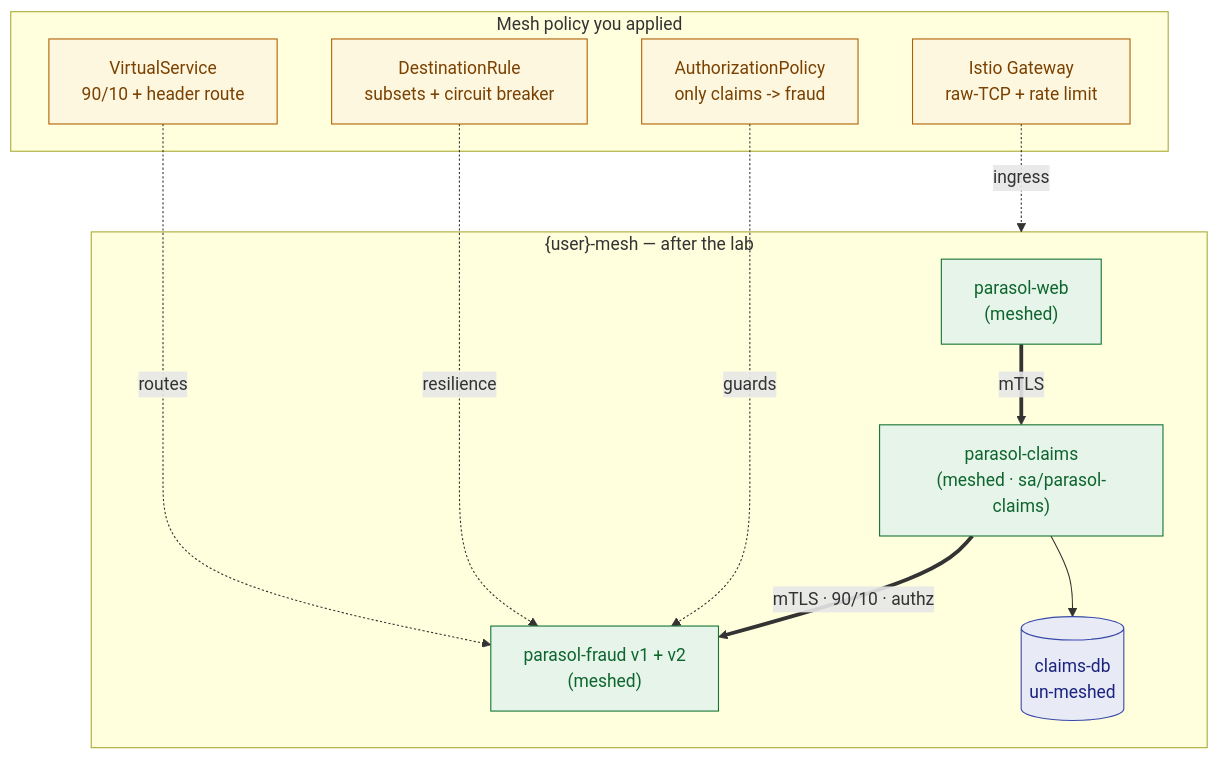
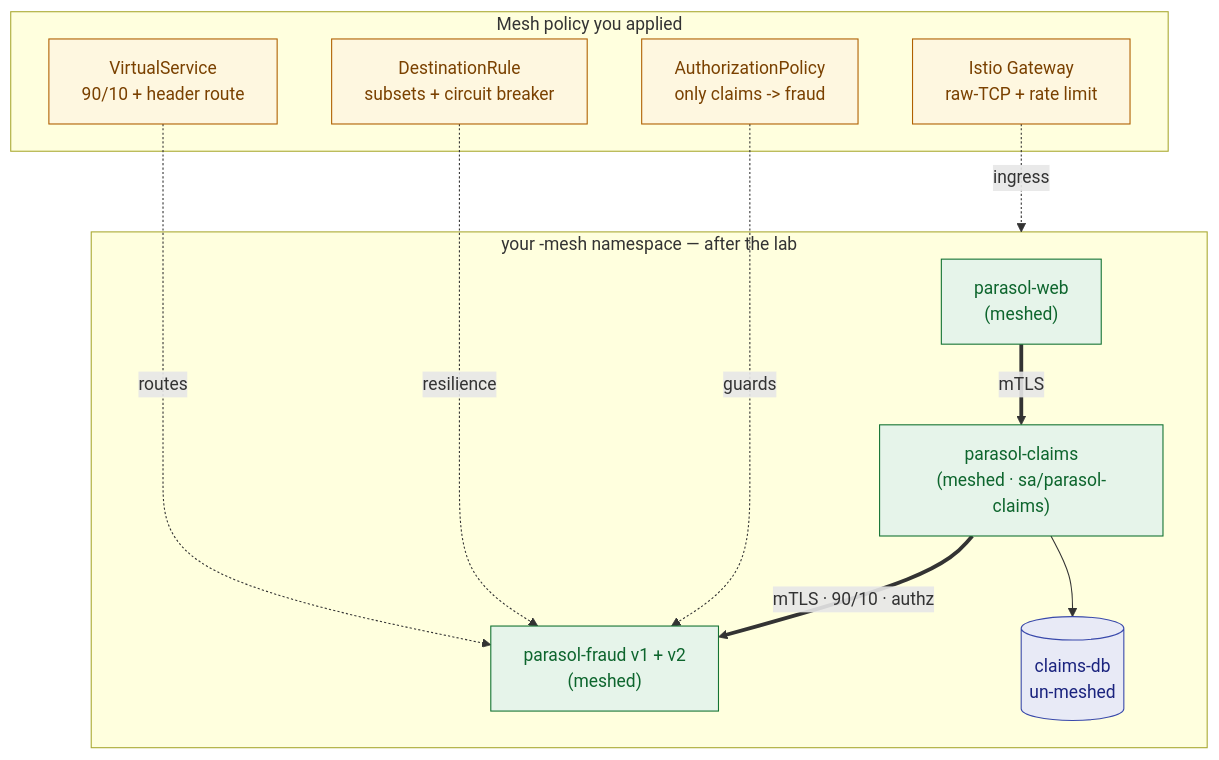
One commit to serhat-dirik/OCP-Getting-Started-Revamped changed the diagram in content/modules/ROOT/examples/diagrams/service-mesh-advanced-gateways/03-what-you-built.mmd. Above: the diagram before and after it, drawn with Mermaid. The commit also changed 10 other files, not shown here.

First line of the commit message:
fix(diagrams): five diagrams have been showing attendees literal {user} since 18 Jul

```diff
--- a/content/modules/ROOT/examples/diagrams/service-mesh-advanced-gateways/03-what-you-built.mmd
+++ b/content/modules/ROOT/examples/diagrams/service-mesh-advanced-gateways/03-what-you-built.mmd
@@ -1,24 +1,24 @@
 graph TB
-  subgraph ns["{user}-mesh — after the lab"]
+  subgraph ns["your -mesh namespace — after the lab"]
     web["parasol-web<br/>(meshed)"]
     claims["parasol-claims<br/>(meshed · sa/parasol-claims)"]
     fraud["parasol-fraud v1 + v2<br/>(meshed)"]
     db[("claims-db<br/>un-meshed")]
   end
   subgraph policy["Mesh policy you applied"]
     vs["VirtualService<br/>90/10 + header route"]
     dr["DestinationRule<br/>subsets + circuit breaker"]
     ap["AuthorizationPolicy<br/>only claims -> fraud"]
     gw["Istio Gateway<br/>raw-TCP + rate limit"]
   end
   web ==>|"mTLS"| claims
   claims ==>|"mTLS · 90/10 · authz"| fraud
   claims --> db
   vs -.->|"routes"| fraud
   dr -.->|"resilience"| fraud
   ap -.->|"guards"| fraud
   gw -.->|"ingress"| ns
   classDef app fill:#e6f4ea,stroke:#137333,color:#0d652d;
   classDef pol fill:#fef7e0,stroke:#b06000,color:#7a4100;
   classDef db fill:#e8eaf6,stroke:#3949ab,color:#1a237e;
   class web,claims,fraud app; class vs,dr,ap,gw pol; class db db;
```
